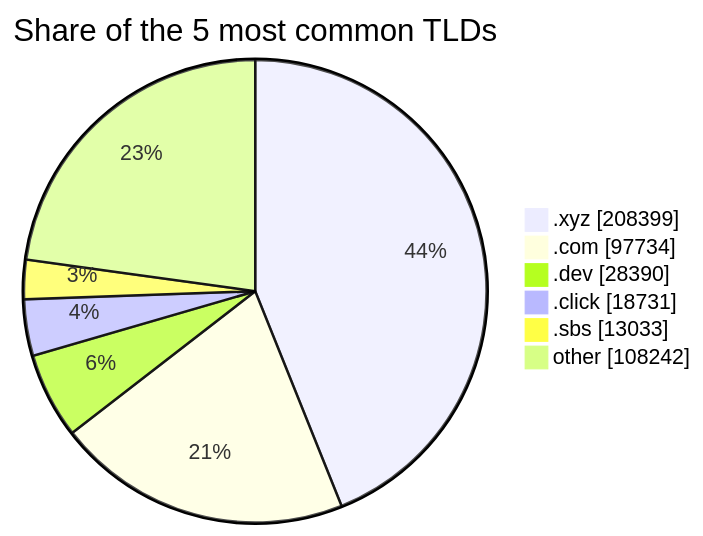
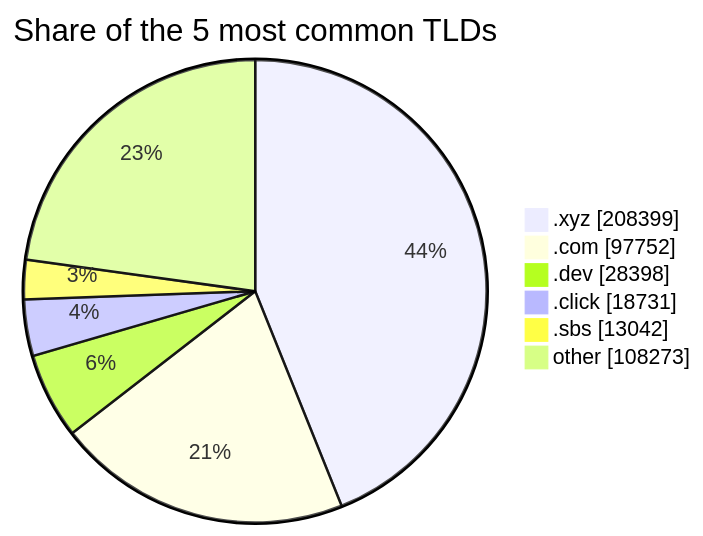
One commit to DNSBunker/CTI changed the diagram in README.md. Above: the diagram before and after it, drawn with Mermaid. The commit also changed other lines of this file and 3 other files, not shown here.

````diff
--- a/README.md
+++ b/README.md
@@ -72,9 +47,9 @@
 ```mermaid
 pie showData title Share of the 5 most common TLDs
     ".xyz" : 208399
-    ".com" : 97734
-    ".dev" : 28390
+    ".com" : 97752
+    ".dev" : 28398
     ".click" : 18731
-    ".sbs" : 13033
-    "other" : 108242
+    ".sbs" : 13042
+    "other" : 108273
 ```
````
